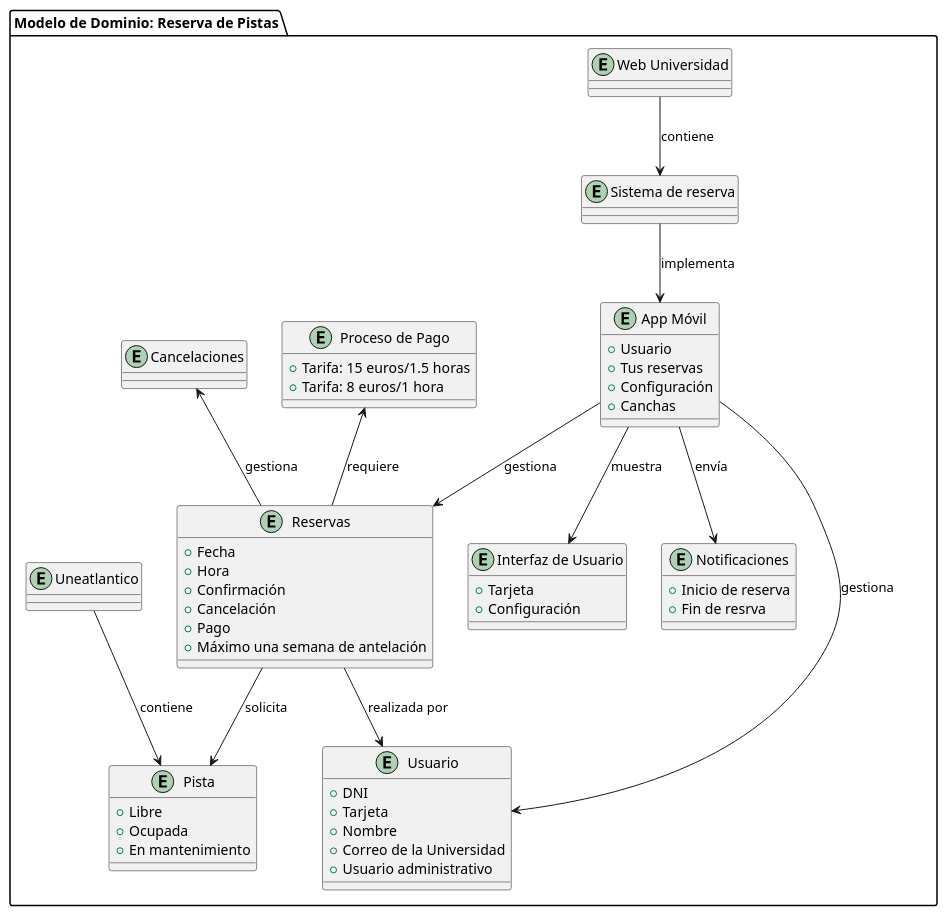
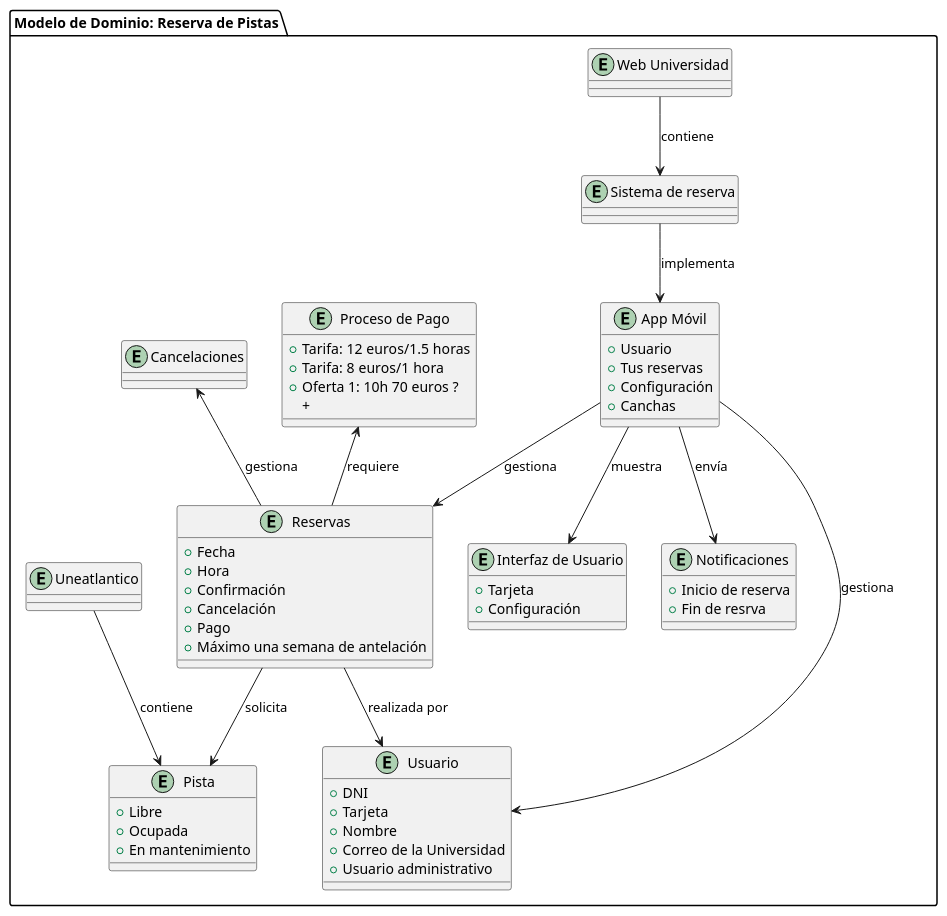
One commit to pablarce/23-24-IdSw1-SDR changed the diagram in Grupo_3/diagrama_puml/diagrama_clases_atributos.puml. Above: the diagram before and after it, drawn with PlantUML.

Commit message:
Cambios de precios

```diff
--- a/Grupo_3/diagrama_puml/diagrama_clases_atributos.puml
+++ b/Grupo_3/diagrama_puml/diagrama_clases_atributos.puml
@@ -1,61 +1,63 @@
 @startuml Sistema de gestion
 package "Modelo de Dominio: Reserva de Pistas" {
 
 entity "Pista" as Pista {
     + Libre
     + Ocupada
     + En mantenimiento
 }
 entity "Reservas" as Reservas {
     + Fecha 
     + Hora
     + Confirmación 
     + Cancelación 
     + Pago
     + Máximo una semana de antelación
 }
 entity "Cancelaciones" as Cancels
 entity "Usuario" as Usuario {
     + DNI
     + Tarjeta
     + Nombre
     + Correo de la Universidad
     + Usuario administrativo
 }
 entity "Uneatlantico" as Universidad 
 entity "App Móvil" as App {
     + Usuario
     + Tus reservas
     + Configuración
     + Canchas
 }
 entity "Web Universidad" as Web 
 entity "Sistema de reserva" as SG 
 entity "Interfaz de Usuario" as UI {
     + Tarjeta
     + Configuración
 }
 entity "Proceso de Pago" as Pago {
-    + Tarifa: 15 euros/1.5 horas
+    + Tarifa: 12 euros/1.5 horas
     + Tarifa: 8 euros/1 hora
+    + Oferta 1: 10h 70 euros ?
+    + 
 }
 entity "Notificaciones" as Notif {
     + Inicio de reserva
     + Fin de resrva
 }
 
 Reservas --> Pista : "solicita"
 Reservas --> Usuario : "realizada por"
 Cancels <-- Reservas : "gestiona"
 Universidad --> Pista : "contiene"
 App --> UI : "muestra"
 App --> Reservas : "gestiona"
 App --> Notif : "envía"
 App --> Usuario : "gestiona"
 Pago <-- Reservas : "requiere"
 Web --> SG : "contiene"
 SG --> App : "implementa"
 
 }
 
 @enduml
```
